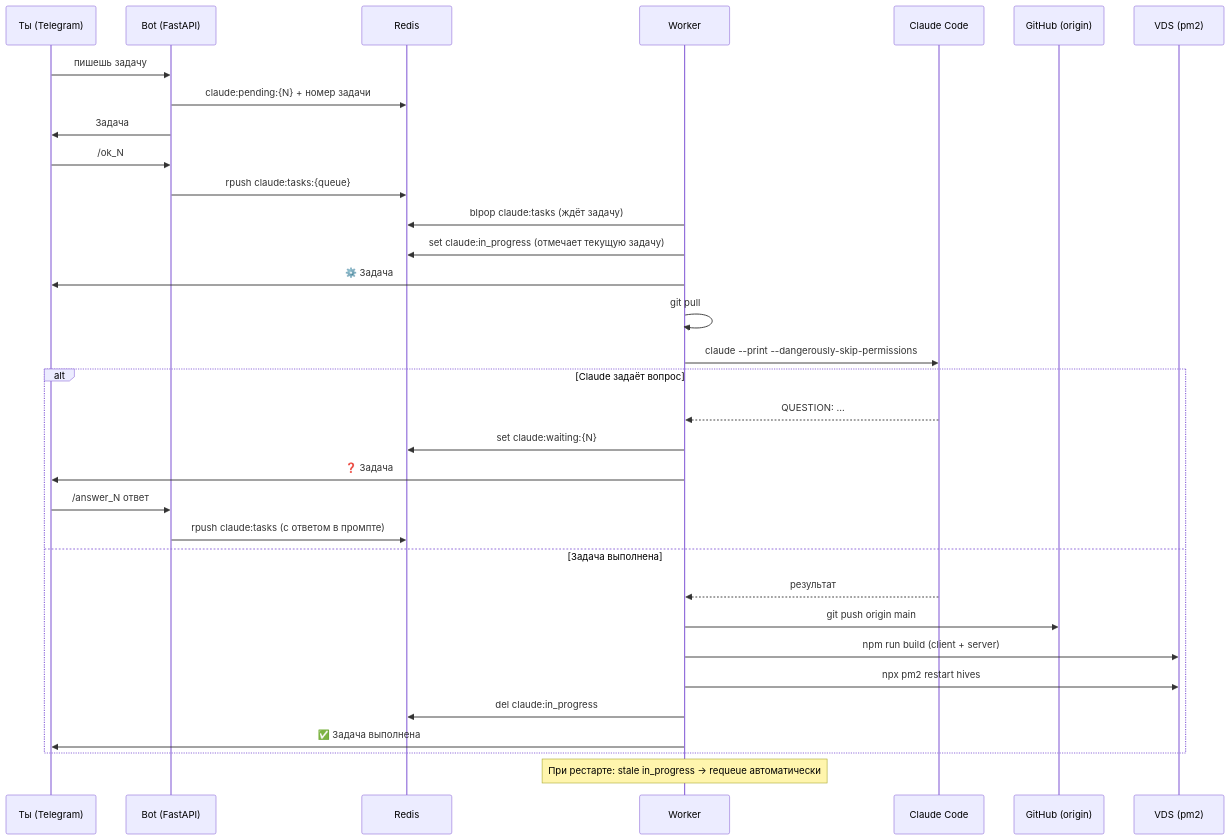
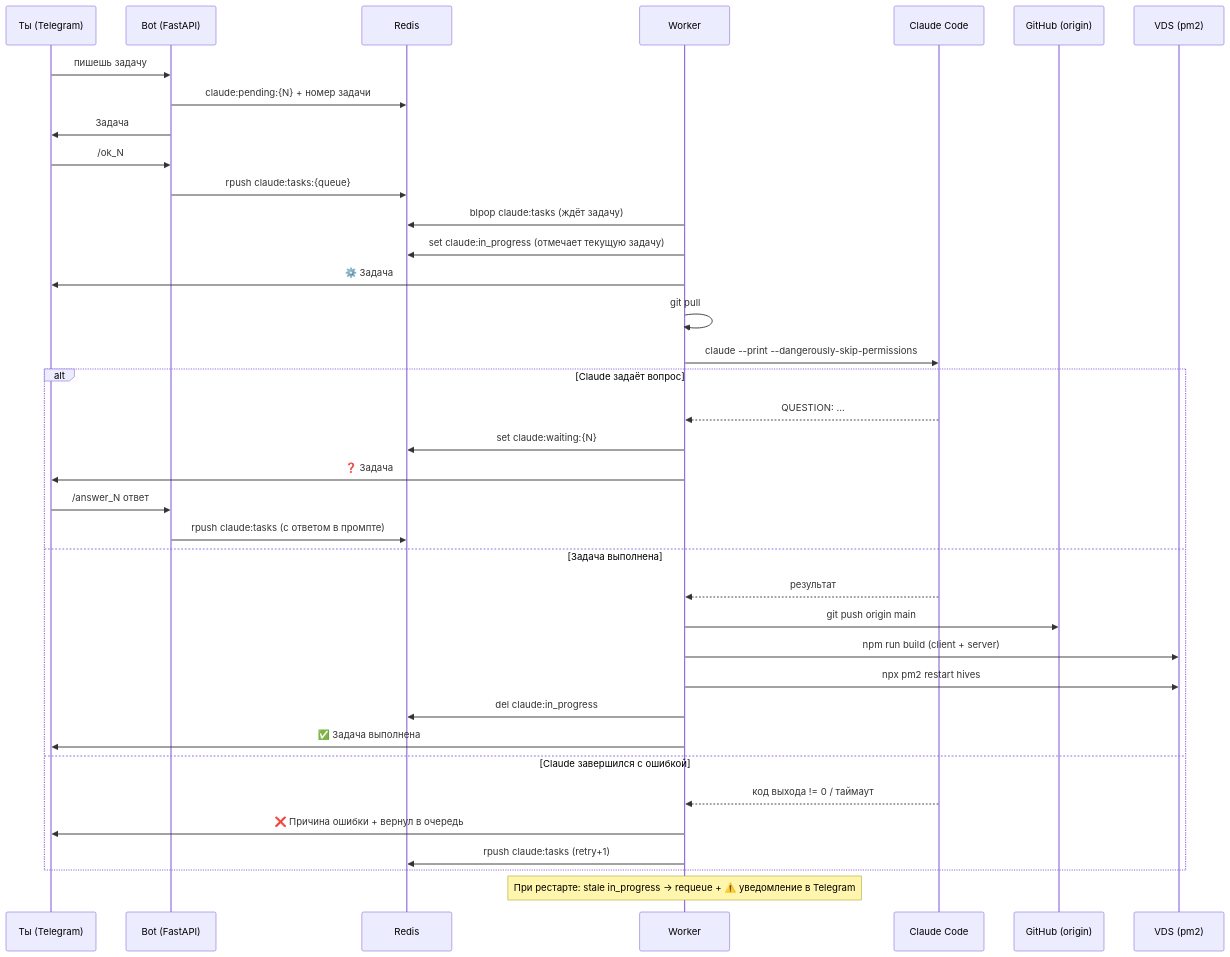
Before and after one commit to NeradziukA/project-manager: the diagram in README.md, drawn with Mermaid. The commit also changed other lines of this file and 2 other files, not shown here.

First line of the commit message:
feat: notify Telegram on worker crash, Claude error, and unhandled exceptions

````diff
--- a/README.md
+++ b/README.md
@@ -5,39 +5,43 @@
 ```mermaid
 sequenceDiagram
     participant U as Ты (Telegram)
     participant B as Bot (FastAPI)
     participant R as Redis
     participant W as Worker
     participant C as Claude Code
     participant G as GitHub (origin)
     participant V as VDS (pm2)
 
     U->>B: пишешь задачу
     B->>R: claude:pending:{N} + номер задачи
     B->>U: Задача #N принята. /ok_N для подтверждения
 
     U->>B: /ok_N
     B->>R: rpush claude:tasks:{queue}
 
     W->>R: blpop claude:tasks (ждёт задачу)
     W->>R: set claude:in_progress (отмечает текущую задачу)
     W->>U: ⚙️ Задача #N принята в работу
     W->>W: git pull
     W->>C: claude --print --dangerously-skip-permissions
     alt Claude задаёт вопрос
         C-->>W: QUESTION: ...
         W->>R: set claude:waiting:{N}
         W->>U: ❓ Задача #N — вопрос: ... /answer_N
         U->>B: /answer_N ответ
         B->>R: rpush claude:tasks (с ответом в промпте)
     else Задача выполнена
         C-->>W: результат
         W->>G: git push origin main
         W->>V: npm run build (client + server)
         W->>V: npx pm2 restart hives
         W->>R: del claude:in_progress
         W->>U: ✅ Задача выполнена
+    else Claude завершился с ошибкой
+        C-->>W: код выхода != 0 / таймаут
+        W->>U: ❌ Причина ошибки + вернул в очередь
+        W->>R: rpush claude:tasks (retry+1)
     end
 
-    note over W: При рестарте: stale in_progress → requeue автоматически
+    note over W: При рестарте: stale in_progress → requeue + ⚠️ уведомление в Telegram
 ```
````
